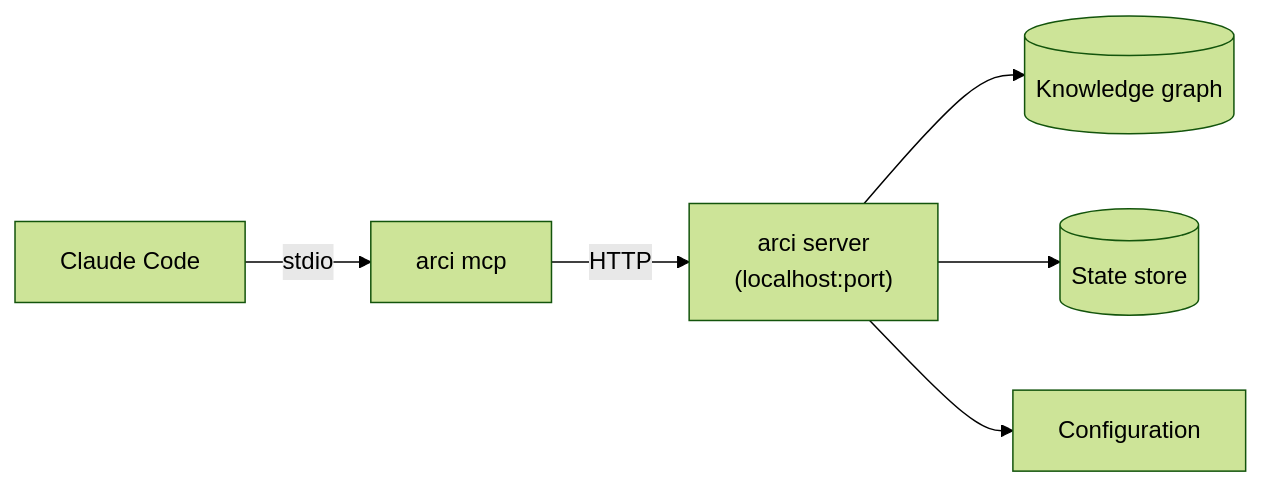
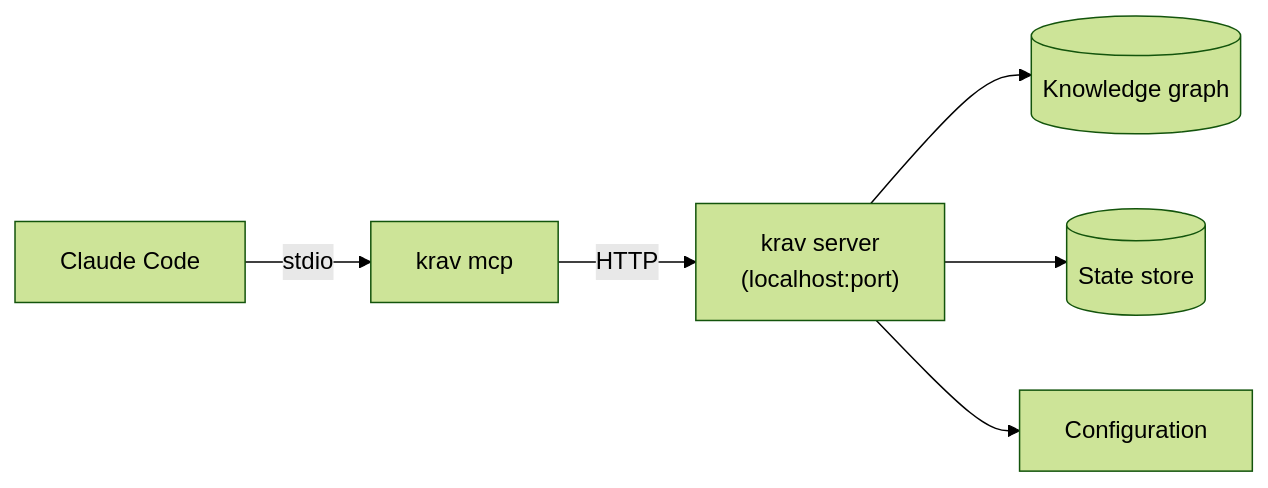
One commit to krav-sh/krav changed the diagram in docs/design/mcp/index.md. Above: the diagram before and after it, drawn with Mermaid (forest theme). The commit also changed other lines of this file and 111 other files, not shown here.

````diff
--- a/docs/design/mcp/index.md
+++ b/docs/design/mcp/index.md
@@ -9,8 +9,8 @@
 ```mermaid
 flowchart LR
-    CC[Claude Code] -->|stdio| MCP["arci mcp"]
-    MCP -->|HTTP| Server["arci server\n(localhost:port)"]
+    CC[Claude Code] -->|stdio| MCP["krav mcp"]
+    MCP -->|HTTP| Server["krav server\n(localhost:port)"]
     Server --> Graph[("Knowledge graph")]
     Server --> State[("State store")]
     Server --> Config["Configuration"]
 ```
````
